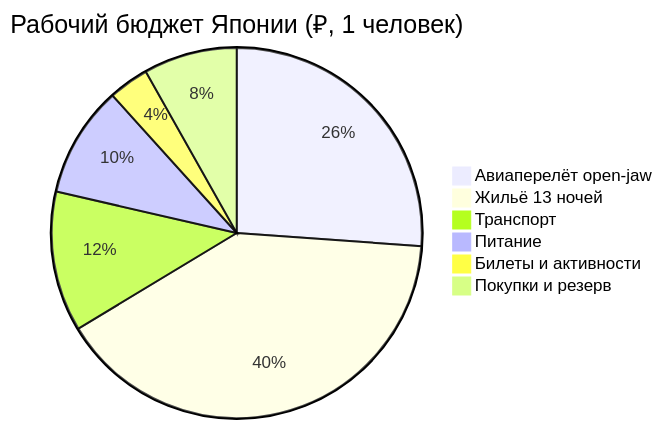
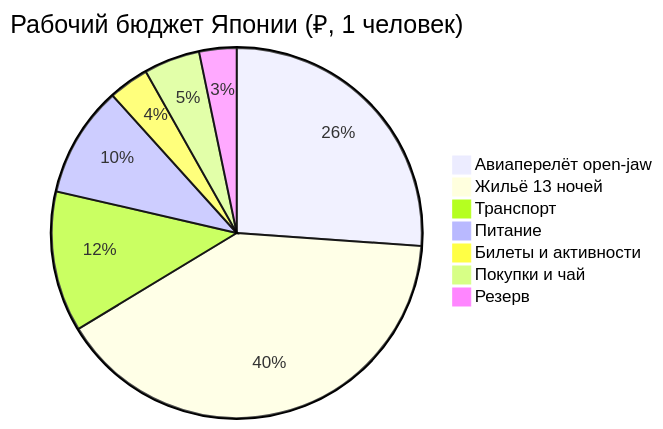
Before and after one commit to injurka/obsidian-mark: the diagram in Personal Note/Travel/-- Japan/04 - Финансы/Финансы.md, drawn with Mermaid. The commit also changed other lines of this file and 54 other files, not shown here.

````diff
--- a/Personal Note/Travel/-- Japan/04 - Финансы/Финансы.md
+++ b/Personal Note/Travel/-- Japan/04 - Финансы/Финансы.md
@@ -26,9 +27,10 @@
 ```mermaid
 pie title Рабочий бюджет Японии (₽, 1 человек)
     "Авиаперелёт open-jaw" : 80000
     "Жильё 13 ночей" : 123120
-    "Транспорт" : 37500
+    "Транспорт" : 37611
     "Питание" : 29700
     "Билеты и активности" : 10800
-    "Покупки и резерв" : 25000
+    "Покупки и чай" : 15000
+    "Резерв" : 10000
 ```
````
